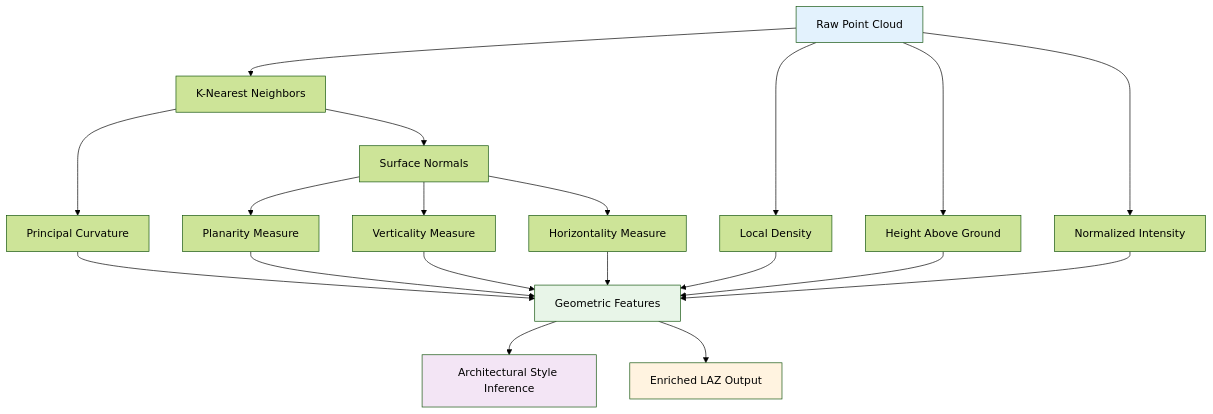
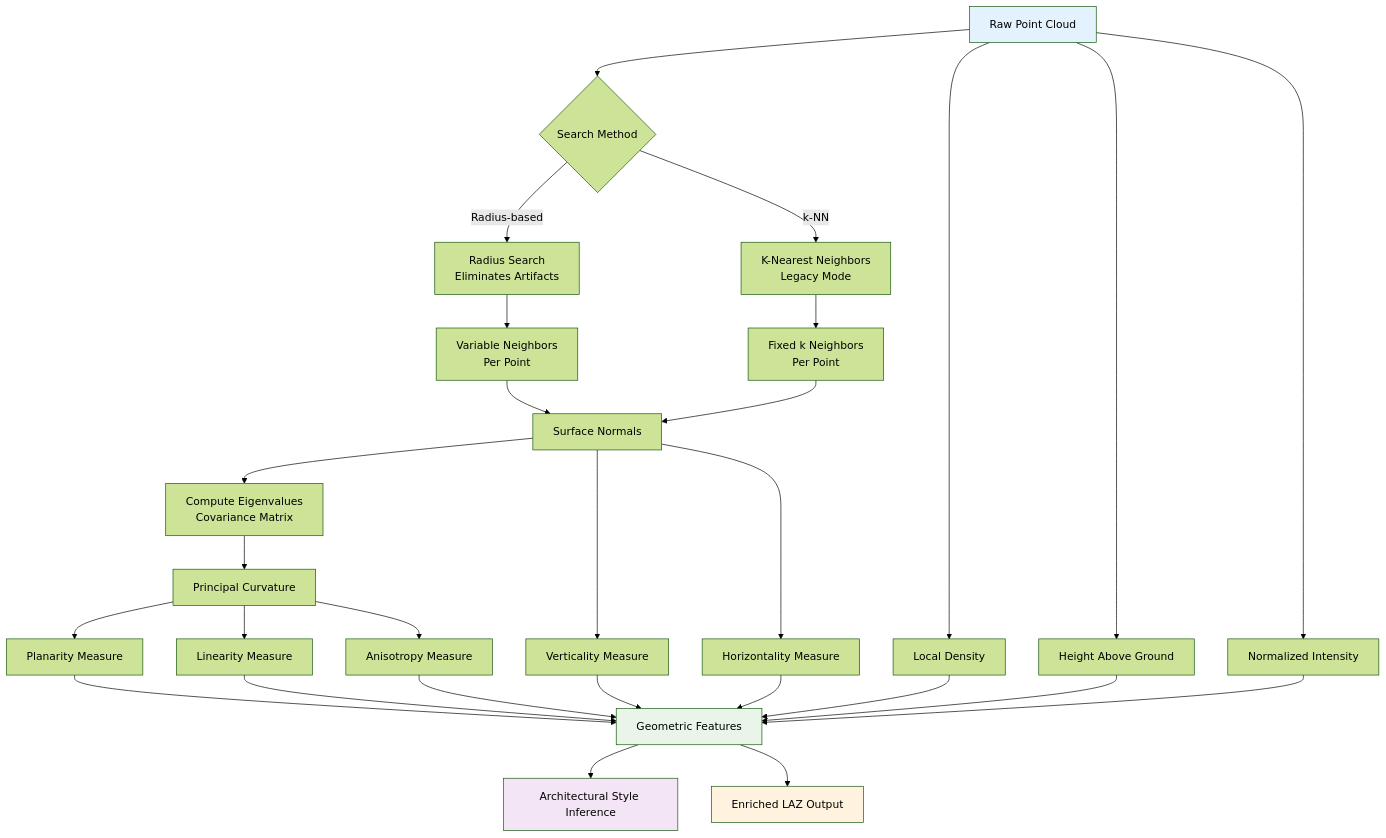
The fifth of 6 diagrams in website/i18n/fr/docusaurus-plugin-content-docs/current/workflows.md (sducournau/IGN_LIDAR_HD_DATASET), drawn with Mermaid (forest theme) before and after one commit. The commit also changed other lines of this file and 30 other files, not shown here.

````diff
--- a/website/i18n/fr/docusaurus-plugin-content-docs/current/workflows.md
+++ b/website/i18n/fr/docusaurus-plugin-content-docs/current/workflows.md
@@ -254,30 +330,43 @@
 ```mermaid
 graph TD
-    Points[Raw Point Cloud] --> KNN[K-Nearest Neighbors]
-    KNN --> Normals[Surface Normals]
-    KNN --> Curvature[Principal Curvature]
+    Points[Raw Point Cloud] --> SearchMethod{Search Method}
+    SearchMethod -->|Radius-based| Radius[Radius Search<br/>Eliminates Artifacts]
+    SearchMethod -->|k-NN| KNN[K-Nearest Neighbors<br/>Legacy Mode]
 
-    Normals --> Planarity[Planarity Measure]
+    Radius --> Neighbors[Variable Neighbors<br/>Per Point]
+    KNN --> FixedNeighbors[Fixed k Neighbors<br/>Per Point]
+
+    Neighbors --> Normals[Surface Normals]
+    FixedNeighbors --> Normals
+
+    Normals --> Eigenvalues[Compute Eigenvalues<br/>Covariance Matrix]
+    Eigenvalues --> Curvature[Principal Curvature]
+
+    Curvature --> Planarity[Planarity Measure]
+    Curvature --> Linearity[Linearity Measure]
+    Curvature --> Anisotropy[Anisotropy Measure]
+
     Normals --> Verticality[Verticality Measure]
     Normals --> Horizontality[Horizontality Measure]
 
     Points --> Density[Local Density]
     Points --> Height[Height Above Ground]
     Points --> Intensity[Normalized Intensity]
 
-    Curvature --> GeometricFeatures[Geometric Features]
-    Planarity --> GeometricFeatures
+    Planarity --> GeometricFeatures[Geometric Features]
+    Linearity --> GeometricFeatures
+    Anisotropy --> GeometricFeatures
     Verticality --> GeometricFeatures
     Horizontality --> GeometricFeatures
     Density --> GeometricFeatures
     Height --> GeometricFeatures
     Intensity --> GeometricFeatures
 
     GeometricFeatures --> ArchStyle[Architectural Style Inference]
     GeometricFeatures --> EnrichedLAZ[Enriched LAZ Output]
 
     style Points fill:#e3f2fd
     style GeometricFeatures fill:#e8f5e8
     style EnrichedLAZ fill:#fff3e0
     style ArchStyle fill:#f3e5f5
 ```
````
